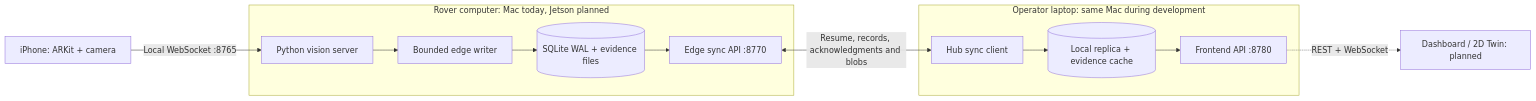
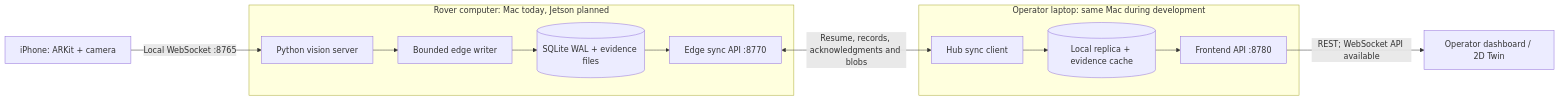
The first of 4 diagrams in README.MD (PabloMCodes/BOB), drawn with Mermaid before and after one commit. The commit also changed other lines of this file and 5 other files, not shown here.

````diff
--- a/README.MD
+++ b/README.MD
@@ -13,23 +13,23 @@
 ```mermaid
 flowchart LR
     phone["iPhone: ARKit + camera"]
     subgraph rover ["Rover computer: Mac today, Jetson planned"]
         vision["Python vision server"]
         writer["Bounded edge writer"]
         edgeStore[("SQLite WAL + evidence files")]
         edgeApi["Edge sync API :8770"]
         vision --> writer
         writer --> edgeStore
         edgeStore --> edgeApi
     end
     subgraph laptop ["Operator laptop: same Mac during development"]
         hub["Hub sync client"]
         replica[("Local replica + evidence cache")]
         hubApi["Frontend API :8780"]
         hub --> replica
         replica --> hubApi
     end
     phone -->|"Local WebSocket :8765"| vision
     edgeApi <-->|"Resume, records, acknowledgments and blobs"| hub
-    hubApi -.->|"REST + WebSocket"| browser["Dashboard / 2D Twin: planned"]
+    hubApi -->|"REST; WebSocket API available"| browser["Operator dashboard / 2D Twin"]
 ```
````
